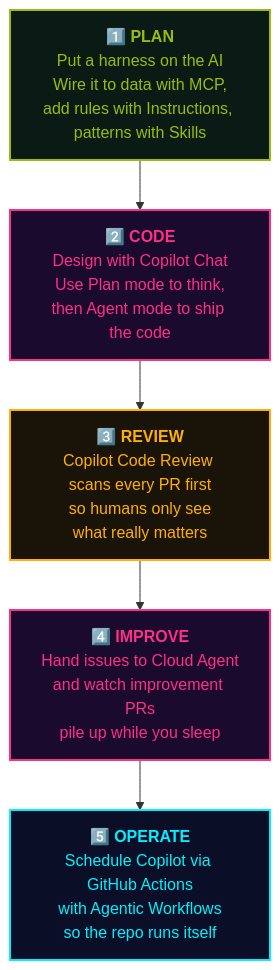
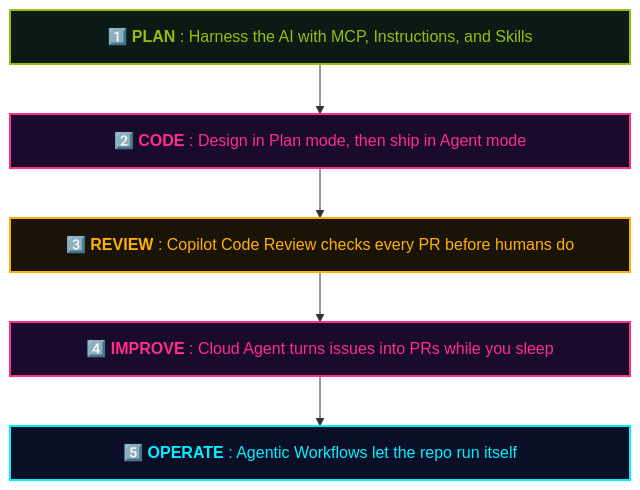
The diagram in src/content/playbook/en/hands-on.md (theomonfort/theomonfort), drawn with Mermaid before and after one commit. The commit also changed 4 other files, not shown here.

Commit message:
Tighten workshop-flow diagram: single-sentence labels with min-width wrapper for wider Mermaid boxes

````diff
--- a/src/content/playbook/en/hands-on.md
+++ b/src/content/playbook/en/hands-on.md
@@ -50,19 +50,19 @@
 ```mermaid
 flowchart TB
-  Plan["1️⃣ <b>PLAN</b><br/>Put a harness on the AI<br/>Wire it to data with MCP,<br/>add rules with Instructions, patterns with Skills"]
-  Code["2️⃣ <b>CODE</b><br/>Design with Copilot Chat<br/>Use Plan mode to think,<br/>then Agent mode to ship the code"]
-  Review["3️⃣ <b>REVIEW</b><br/>Copilot Code Review scans every PR first<br/>so humans only see<br/>what really matters"]
-  Improve["4️⃣ <b>IMPROVE</b><br/>Hand issues to Cloud Agent<br/>and watch improvement PRs<br/>pile up while you sleep"]
-  Operate["5️⃣ <b>OPERATE</b><br/>Schedule Copilot via GitHub Actions<br/>with Agentic Workflows<br/>so the repo runs itself"]
+  Plan["<div style='min-width:560px;text-align:center'>1️⃣ <b>PLAN</b> : Harness the AI with MCP, Instructions, and Skills</div>"]
+  Code["<div style='min-width:560px;text-align:center'>2️⃣ <b>CODE</b> : Design in Plan mode, then ship in Agent mode</div>"]
+  Review["<div style='min-width:560px;text-align:center'>3️⃣ <b>REVIEW</b> : Copilot Code Review checks every PR before humans do</div>"]
+  Improve["<div style='min-width:560px;text-align:center'>4️⃣ <b>IMPROVE</b> : Cloud Agent turns issues into PRs while you sleep</div>"]
+  Operate["<div style='min-width:560px;text-align:center'>5️⃣ <b>OPERATE</b> : Agentic Workflows let the repo run itself</div>"]
 
   Plan --> Code --> Review --> Improve --> Operate
 
   classDef prep fill:#0a1a14,stroke:#9bbc0f,color:#9bbc0f,stroke-width:2px
   classDef dev  fill:#1a0a2e,stroke:#ff2e88,color:#ff2e88,stroke-width:2px
   classDef rev  fill:#1a1408,stroke:#ffb000,color:#ffb000,stroke-width:2px
   classDef ops  fill:#0a0e27,stroke:#00f0ff,color:#00f0ff,stroke-width:2px
   class Plan prep
   class Code,Improve dev
   class Review rev
   class Operate ops
 ```
````
